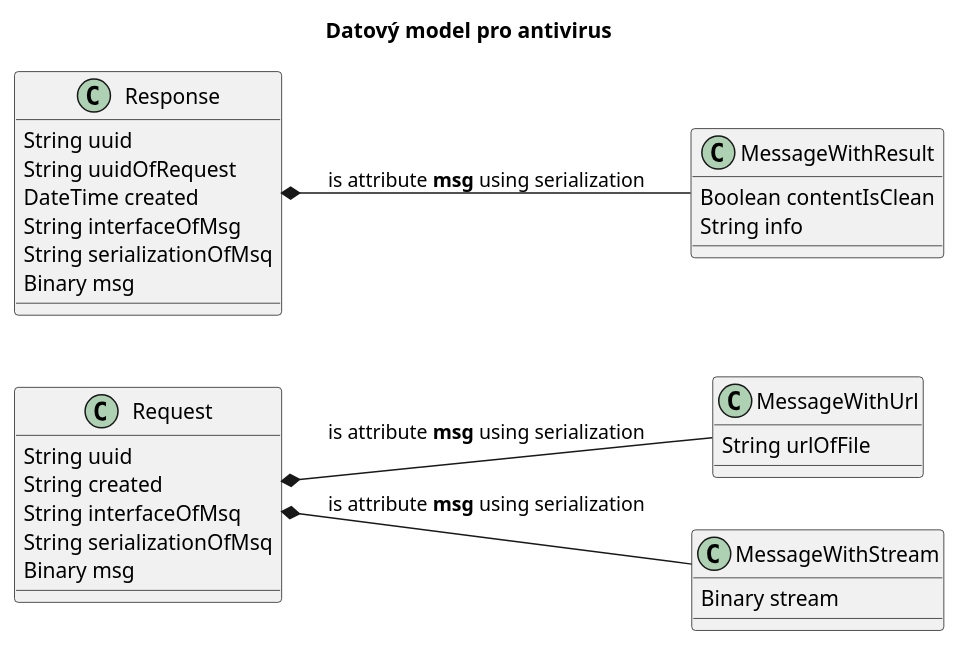
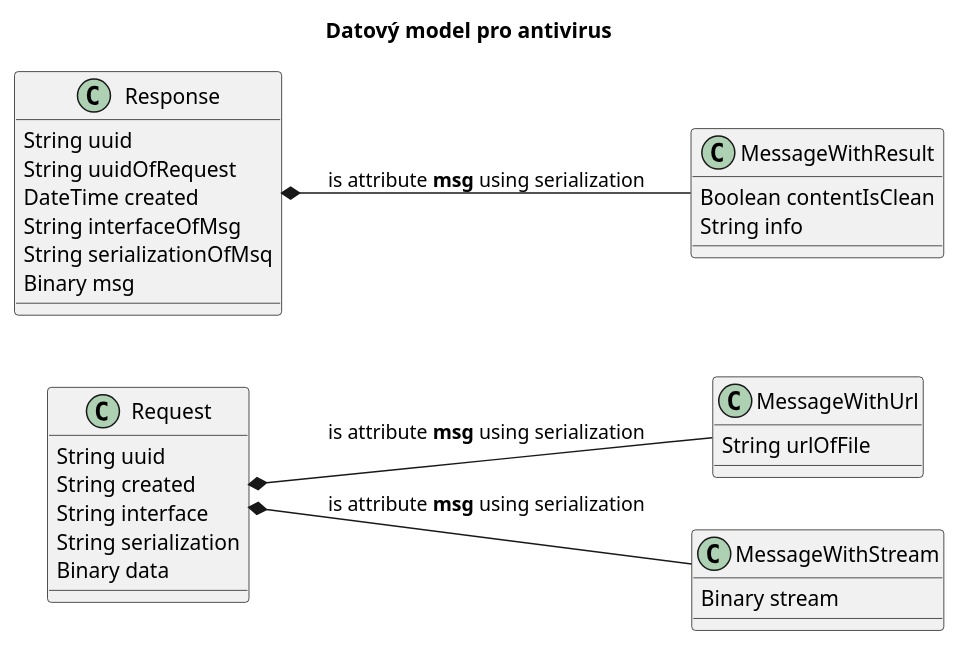
One commit to edeposit/edeposit changed the diagram in docs/middleware/dm01.plantuml. Above: the diagram before and after it, drawn with PlantUML.

Commit message:
Update dm01.plantuml
Change Request model

```diff
--- a/docs/middleware/dm01.plantuml
+++ b/docs/middleware/dm01.plantuml
@@ -1,41 +1,41 @@
 @startuml
 skinparam componentStyle uml2
 left to right direction
 title Datový model pro antivirus
 
 class Request {
       String uuid
       String created
-      String interfaceOfMsq
-      String serializationOfMsq
-      Binary msg
+      String interface
+      String serialization
+      Binary data
 }
 
 class MessageWithUrl {
       String urlOfFile
 }
 
 class MessageWithStream {
       Binary stream
 }
 
 class Response {
       String uuid
       String uuidOfRequest
       DateTime created
       String interfaceOfMsg
       String serializationOfMsq
       Binary msg
 }
 
 class MessageWithResult {
       Boolean contentIsClean
       String info
 }
 
 Request *-- MessageWithUrl : is attribute <b>msg</b> using serialization
 Request *-- MessageWithStream : is attribute <b>msg</b> using serialization
 
 Response *-- MessageWithResult : is attribute <b>msg</b> using serialization
 
 @enduml
```
